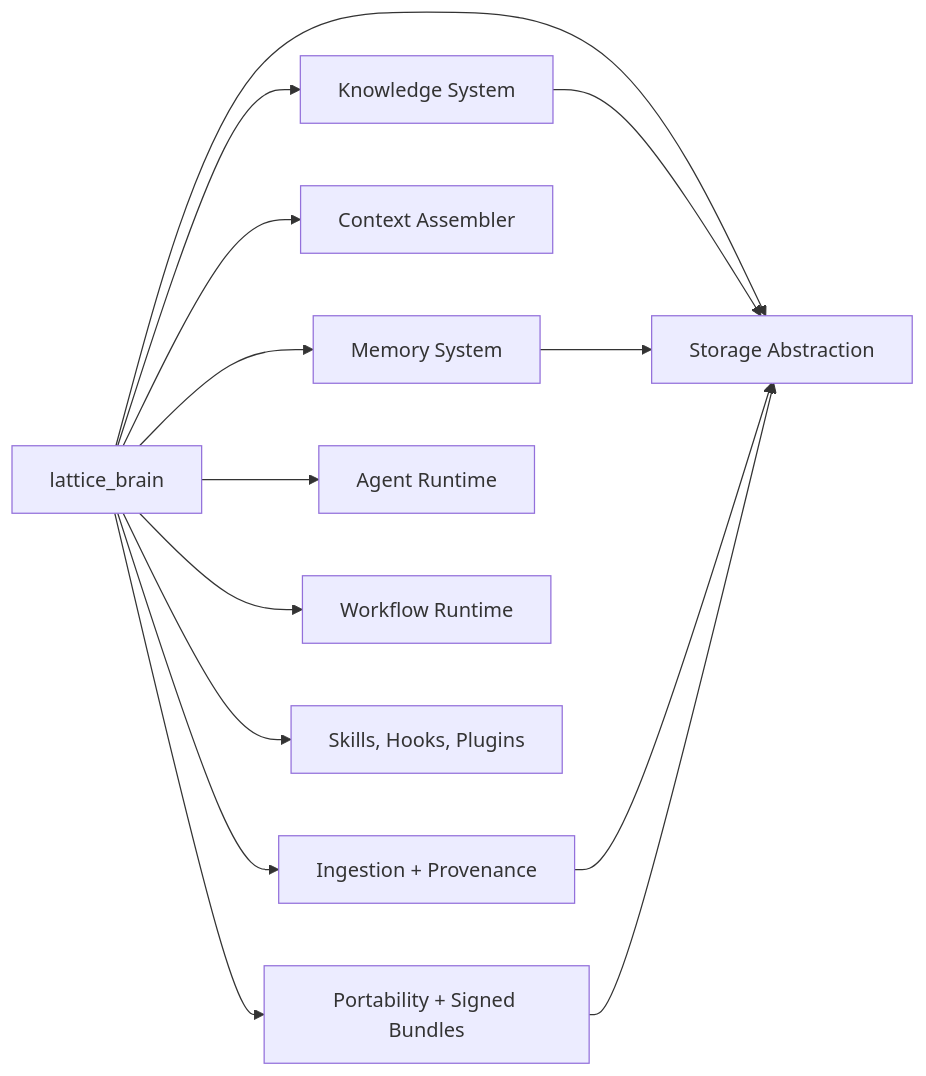
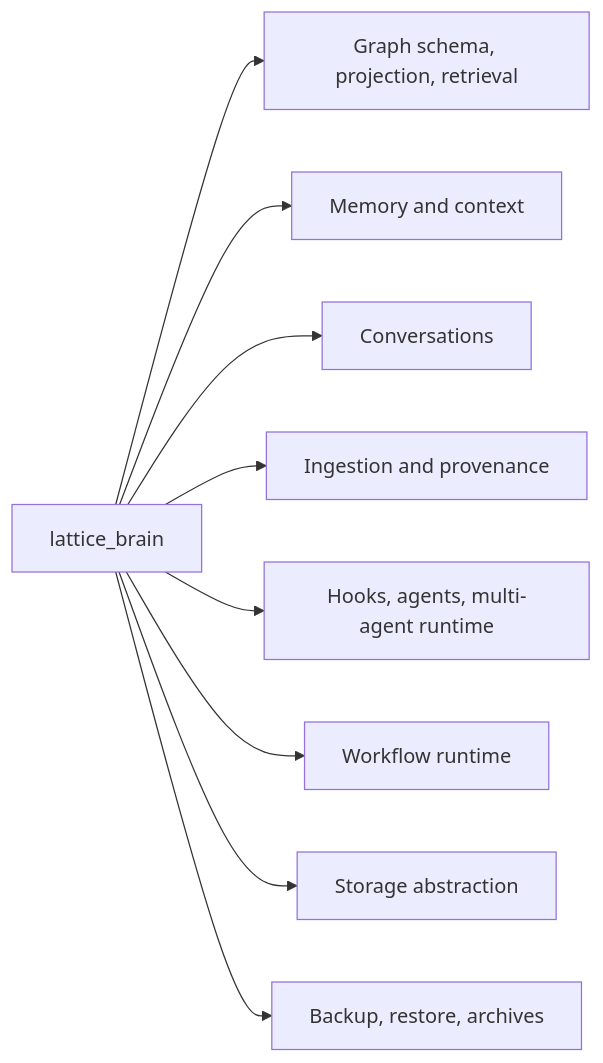
The sixth of 10 diagrams in ARCHITECTURE.md (TaeSooPark-PTS/LatticeAI), drawn with Mermaid before and after one commit. The commit also changed other lines of this file and 41 other files, not shown here.

````diff
--- a/ARCHITECTURE.md
+++ b/ARCHITECTURE.md
@@ -155,27 +132,12 @@
 ```mermaid
 flowchart LR
   Brain["lattice_brain"]
-  KG["Knowledge System"]
-  Memory["Memory System"]
-  Context["Context Assembler"]
-  Ingestion["Ingestion + Provenance"]
-  AgentRuntime["Agent Runtime"]
-  WorkflowRuntime["Workflow Runtime"]
-  Skills["Skills, Hooks, Plugins"]
-  Archive["Portability + Signed Bundles"]
-  StorageAbstraction["Storage Abstraction"]
-
-  Brain --> KG
-  Brain --> Memory
-  Brain --> Context
-  Brain --> Ingestion
-  Brain --> AgentRuntime
-  Brain --> WorkflowRuntime
-  Brain --> Skills
-  Brain --> Archive
-  Brain --> StorageAbstraction
-  KG --> StorageAbstraction
-  Memory --> StorageAbstraction
-  Ingestion --> StorageAbstraction
-  Archive --> StorageAbstraction
+  Brain --> GraphCore["Graph schema, projection, retrieval"]
+  Brain --> Memory["Memory and context"]
+  Brain --> Conversations["Conversations"]
+  Brain --> Ingestion["Ingestion and provenance"]
+  Brain --> Runtime["Hooks, agents, multi-agent runtime"]
+  Brain --> Workflow["Workflow runtime"]
+  Brain --> Storage["Storage abstraction"]
+  Brain --> Portability["Backup, restore, archives"]
 ```
````
